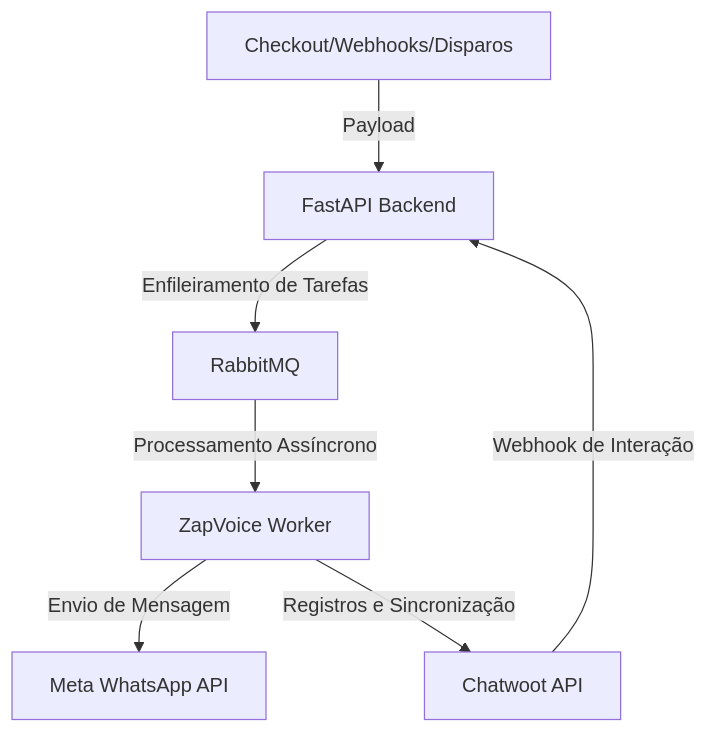
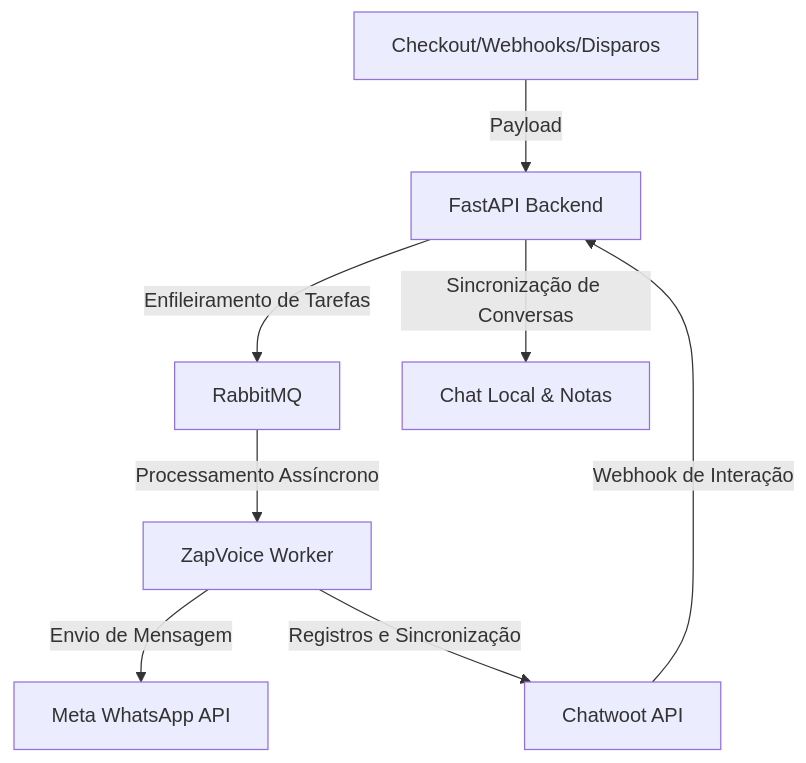
Before and after one commit to aryarajalves/zap-voice-api-oficial-clone: the diagram in README.md, drawn with Mermaid. The commit also changed other lines of this file and 118 other files, not shown here.

Commit message:
feat: adicionar chat local, labels, api keys e melhorias nas integracoes

````diff
--- a/README.md
+++ b/README.md
@@ -13,9 +13,10 @@
 ```mermaid
 graph TD
     A[Checkout/Webhooks/Disparos] -->|Payload| B[FastAPI Backend]
     B -->|Enfileiramento de Tarefas| C[RabbitMQ]
     C -->|Processamento Assíncrono| D[ZapVoice Worker]
     D -->|Envio de Mensagem| E[Meta WhatsApp API]
     D -->|Registros e Sincronização| F[Chatwoot API]
     F -->|Webhook de Interação| B
+    B -->|Sincronização de Conversas| G[Chat Local & Notas]
 ```
````
